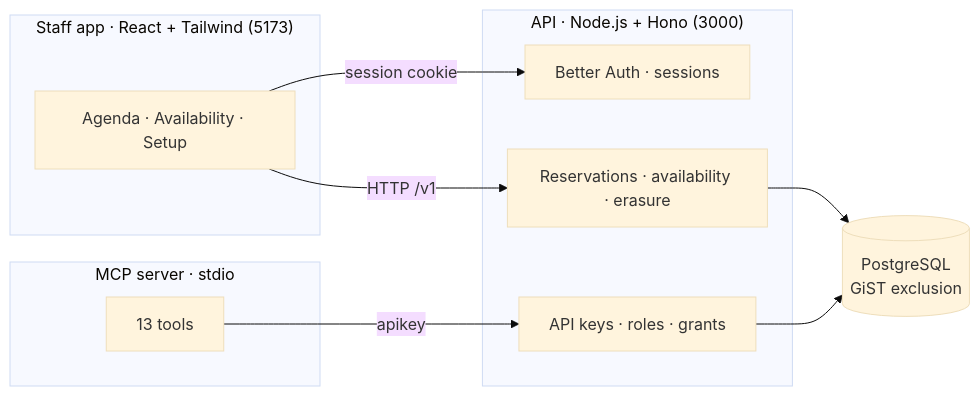
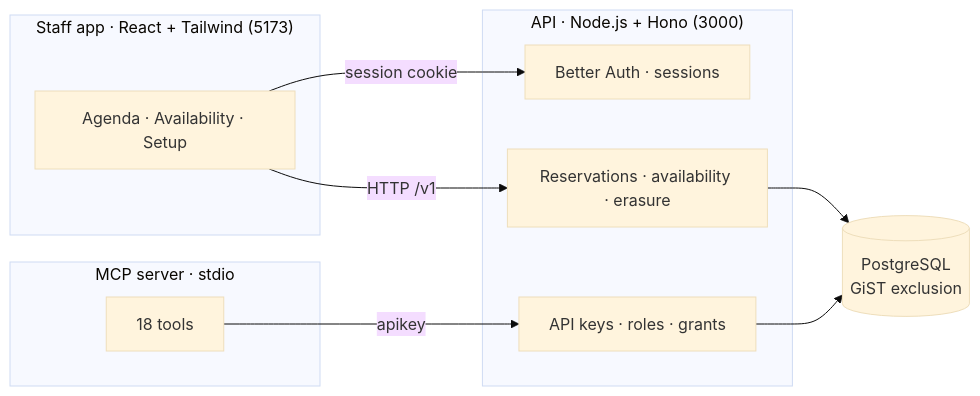
The diagram in README.md (David-Cabeza/OpenCovers), drawn with Mermaid (base theme) before and after one commit. The commit also changed other lines of this file, not shown here.

Commit message:
docs: refresh the README with the room flows, email, and 13/13 conformance

````diff
--- a/README.md
+++ b/README.md
@@ -56,21 +64,21 @@
 ```mermaid
 flowchart LR
     subgraph web["Staff app · React + Tailwind (5173)"]
         UI[Agenda · Availability · Setup]
     end
     subgraph api["API · Node.js + Hono (3000)"]
         AUTH[Better Auth · sessions]
         KEYS[API keys · roles · grants]
         DOMAIN[Reservations · availability · erasure]
     end
     subgraph mcp["MCP server · stdio"]
-        TOOLS[13 tools]
+        TOOLS[18 tools]
     end
     DB[(PostgreSQL<br/>GiST exclusion)]
 
     UI -- "session cookie" --> AUTH
     UI -- "HTTP /v1" --> DOMAIN
     TOOLS -- "apikey" --> KEYS
     DOMAIN --> DB
     KEYS --> DB
 ```
````
